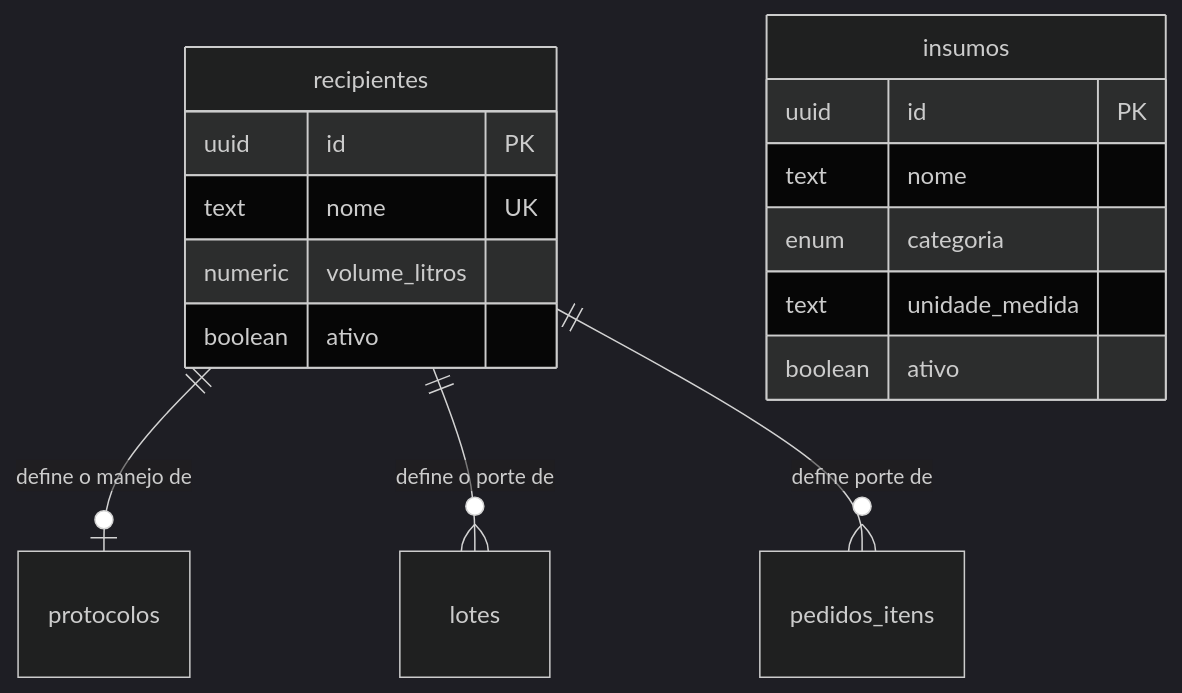
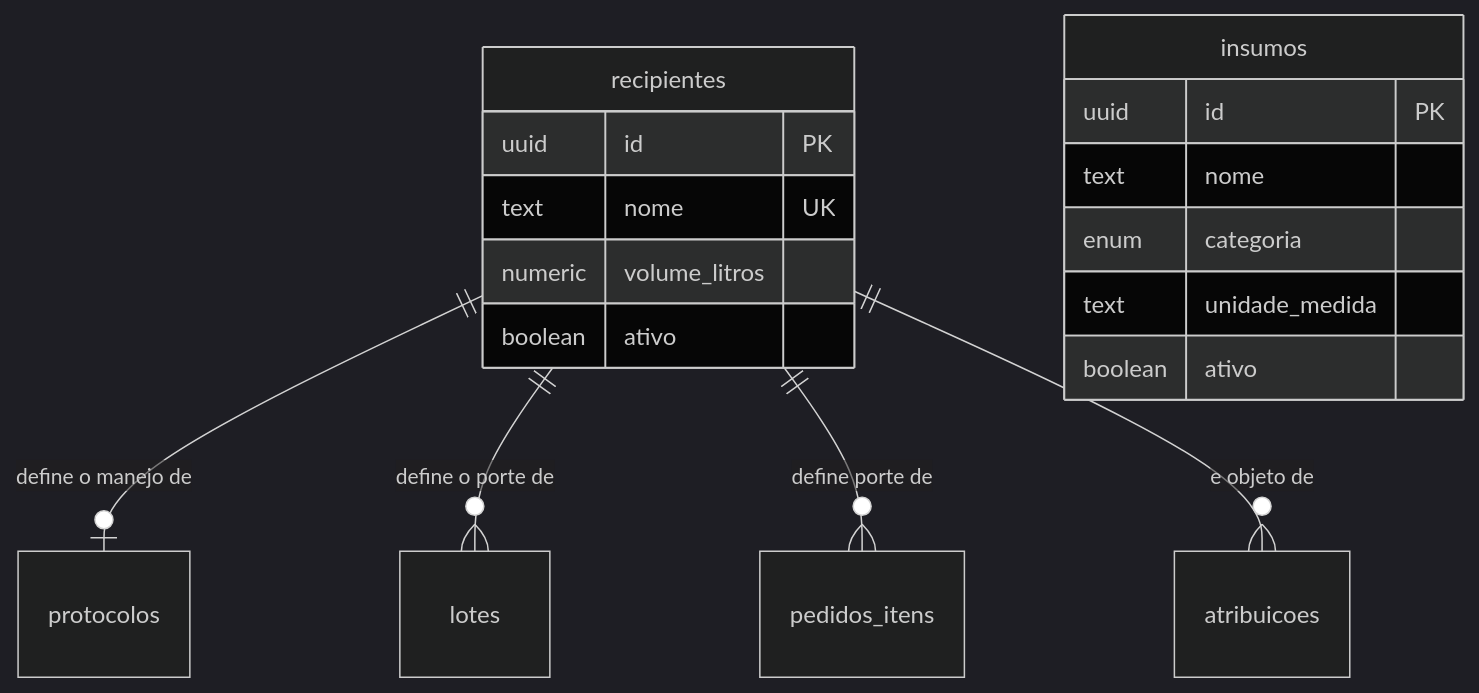
Before and after one commit to JoaoMudar/tcc: the diagram in docs/engenharia/modelo-dados-pt/mmd/fig10-cadastros-insumo-recipiente.mmd, drawn with Mermaid (dark theme). The commit also changed 19 other files, not shown here.

First line of the commit message:
fix(modelo-dados): alinha C8, C6 e as figuras ao schema real

```diff
--- a/docs/engenharia/modelo-dados-pt/mmd/fig10-cadastros-insumo-recipiente.mmd
+++ b/docs/engenharia/modelo-dados-pt/mmd/fig10-cadastros-insumo-recipiente.mmd
@@ -1,21 +1,23 @@
 erDiagram
   recipientes {
     uuid    id PK
     text    nome UK
     numeric volume_litros
     boolean ativo
   }
   insumos {
     uuid    id PK
     text    nome
     enum    categoria
     text    unidade_medida
     boolean ativo
   }
   protocolos {}
   lotes {}
   pedidos_itens {}
+  atribuicoes {}
 
   recipientes ||--o| protocolos    : "define o manejo de"
   recipientes ||--o{ lotes         : "define o porte de"
   recipientes ||--o{ pedidos_itens : "define porte de"
+  recipientes ||--o{ atribuicoes   : "e objeto de"
```
